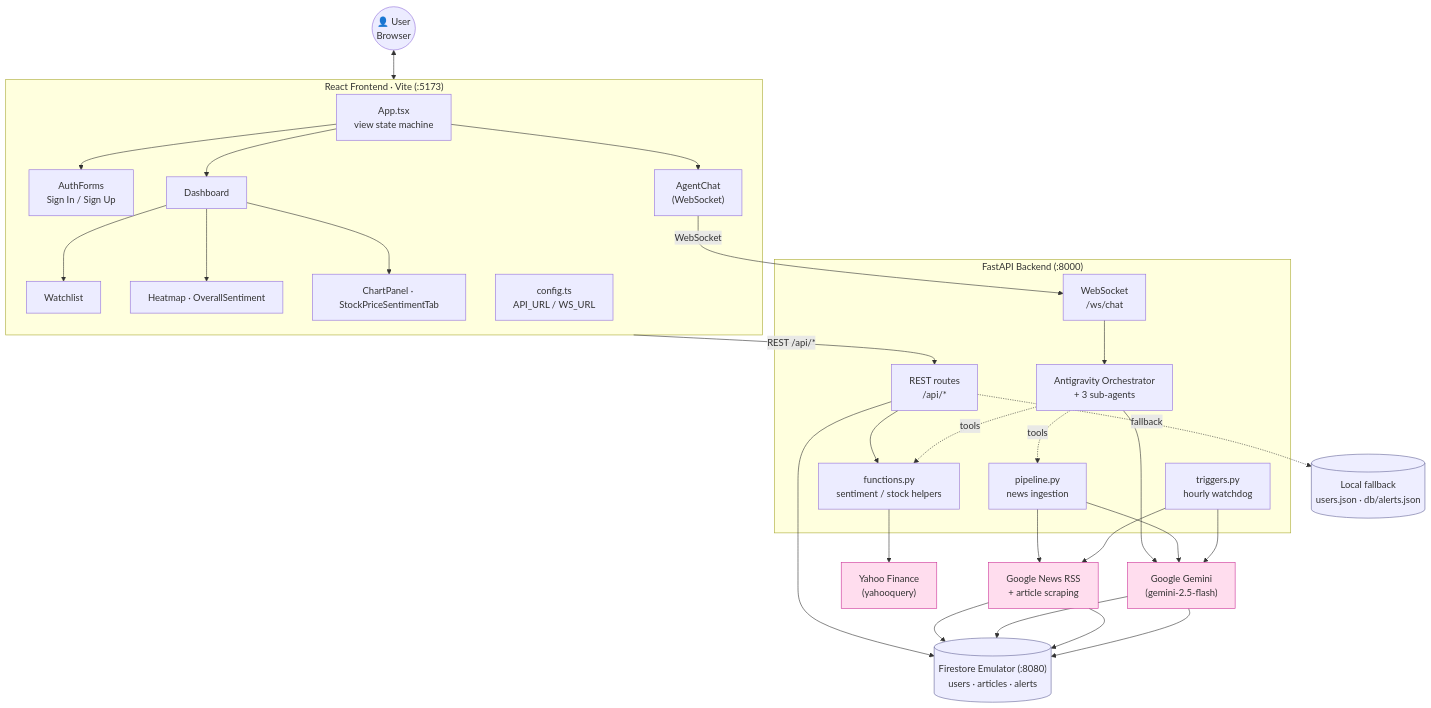
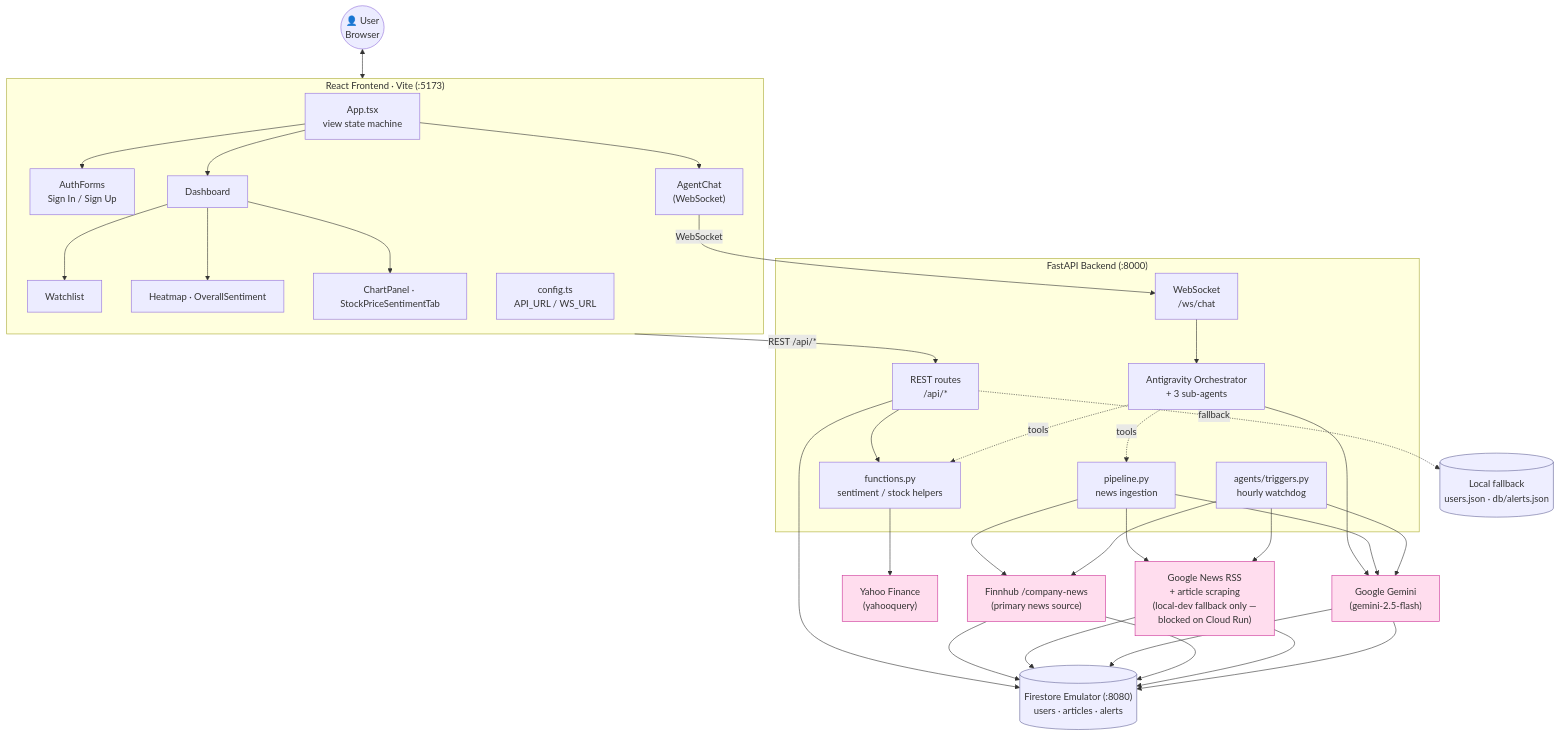
One commit to mathamatigician/MarketWave changed the first of 3 diagrams in ARCHITECTURE.md. Above: the diagram before and after it, drawn with Mermaid. The commit also changed other lines of this file and 12 other files, not shown here.

First line of the commit message:
docs: refresh architecture diagrams for Finnhub news source migration (#24)

````diff
--- a/ARCHITECTURE.md
+++ b/ARCHITECTURE.md
@@ -24,54 +24,55 @@
 ```mermaid
 flowchart TB
     user(("👤 User<br/>Browser"))
 
     subgraph FE["React Frontend · Vite (:5173)"]
         app["App.tsx<br/>view state machine"]
         auth["AuthForms<br/>Sign In / Sign Up"]
         dash["Dashboard"]
         wl["Watchlist"]
         hm["Heatmap · OverallSentiment"]
         chart["ChartPanel · StockPriceSentimentTab"]
         chat["AgentChat<br/>(WebSocket)"]
         cfg["config.ts<br/>API_URL / WS_URL"]
     end
 
     subgraph BE["FastAPI Backend (:8000)"]
         rest["REST routes<br/>/api/*"]
         ws["WebSocket<br/>/ws/chat"]
         orch["Antigravity Orchestrator<br/>+ 3 sub-agents"]
         pipe["pipeline.py<br/>news ingestion"]
-        trig["triggers.py<br/>hourly watchdog"]
+        trig["agents/triggers.py<br/>hourly watchdog"]
         fn["functions.py<br/>sentiment / stock helpers"]
     end
 
     fs[("Firestore Emulator (:8080)<br/>users · articles · alerts")]
     localjson[("Local fallback<br/>users.json · db/alerts.json")]
 
     gemini["Google Gemini<br/>(gemini-2.5-flash)"]
     yahoo["Yahoo Finance<br/>(yahooquery)"]
-    gnews["Google News RSS<br/>+ article scraping"]
+    finnhub["Finnhub /company-news<br/>(primary news source)"]
+    gnews["Google News RSS<br/>+ article scraping<br/>(local-dev fallback only —<br/>blocked on Cloud Run)"]
 
     user <--> FE
     app --> auth & dash & chat
     dash --> wl & hm & chart
     FE -->|REST /api/*| rest
     chat -->|WebSocket| ws
 
     rest --> fs
     rest --> fn
     fn --> yahoo
     rest -. fallback .-> localjson
 
     ws --> orch
     orch --> gemini
     orch -. tools .-> pipe & fn
 
-    pipe --> gnews & gemini --> fs
-    trig --> gnews & gemini --> fs
+    pipe --> finnhub & gnews & gemini --> fs
+    trig --> finnhub & gnews & gemini --> fs
 
     classDef ext fill:#fde,stroke:#c39;
     classDef data fill:#eef,stroke:#669;
-    class gemini,yahoo,gnews ext;
+    class gemini,yahoo,finnhub,gnews ext;
     class fs,localjson data;
 ```
````
